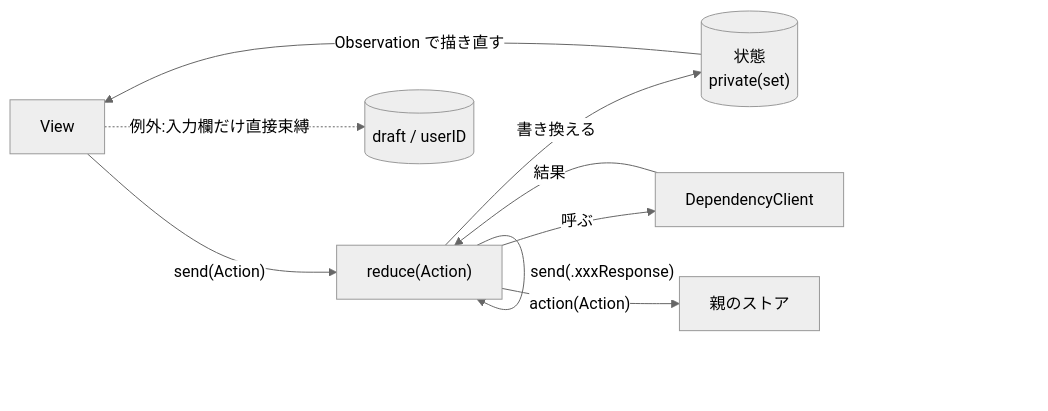
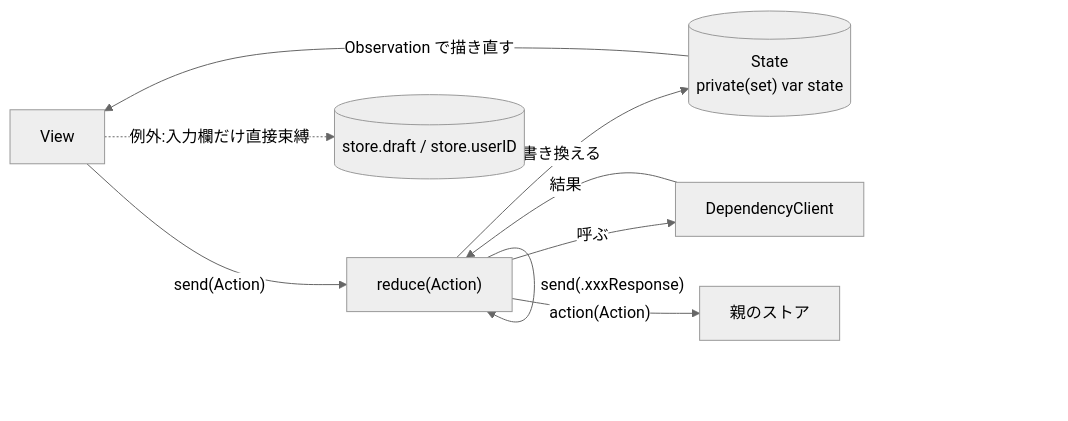
The second of 7 diagrams in README.md (kz56cd/RillArchitectureSample), drawn with Mermaid (neutral theme) before and after one commit. The commit also changed other lines of this file and 24 other files, not shown here.

````diff
--- a/README.md
+++ b/README.md
@@ -72,11 +72,11 @@
 ```mermaid
 flowchart LR
     View["View"] -- "send(Action)" --> Reduce["reduce(Action)"]
-    Reduce -- "書き換える" --> State[("状態<br/>private(set)")]
+    Reduce -- "書き換える" --> State[("State<br/>private(set) var state")]
     State -- "Observation で描き直す" --> View
     Reduce -- "呼ぶ" --> Dep["DependencyClient"]
     Dep -- "結果" --> Reduce
     Reduce -- "send(.xxxResponse)" --> Reduce
     Reduce -- "action(Action)" --> Parent["親のストア"]
-    View -. "例外:入力欄だけ直接束縛" .-> Draft[("draft / userID")]
+    View -. "例外:入力欄だけ直接束縛" .-> Draft[("store.draft / store.userID")]
 ```
````
